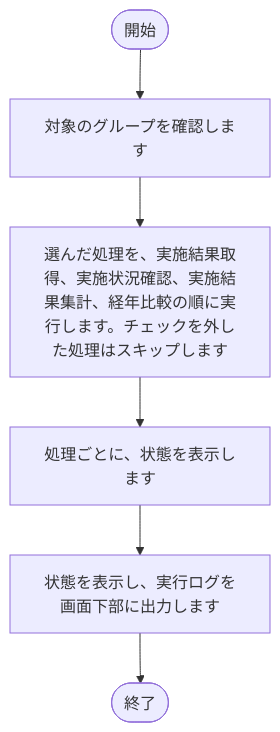
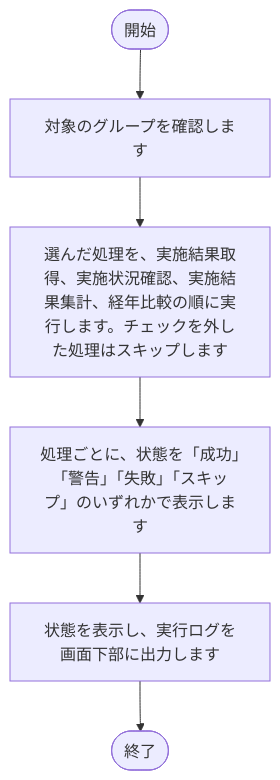
The first of 28 diagrams in tool/track-aggregator/doc/02_設計/処理フロー.md (nishida2073/project_management), drawn with Mermaid before and after one commit. The commit also changed other lines of this file and 35 other files, not shown here.

````diff
--- a/tool/track-aggregator/doc/02_設計/処理フロー.md
+++ b/tool/track-aggregator/doc/02_設計/処理フロー.md
@@ -49,14 +49,14 @@
 ```mermaid
 flowchart TD
     S(["開始"])
     E(["終了"])
     N1["対象のグループを確認します"]
     S --> N1
     N2["選んだ処理を、実施結果取得、実施状況確認、実施結果集計、経年比較の順に実行します。チェックを外した処理はスキップします"]
     N1 --> N2
-    N3["処理ごとに、状態を表示します"]
+    N3["処理ごとに、状態を「成功」「警告」「失敗」「スキップ」のいずれかで表示します"]
     N2 --> N3
     N4["状態を表示し、実行ログを画面下部に出力します"]
     N3 --> N4
     N4 --> E
 ```
````
